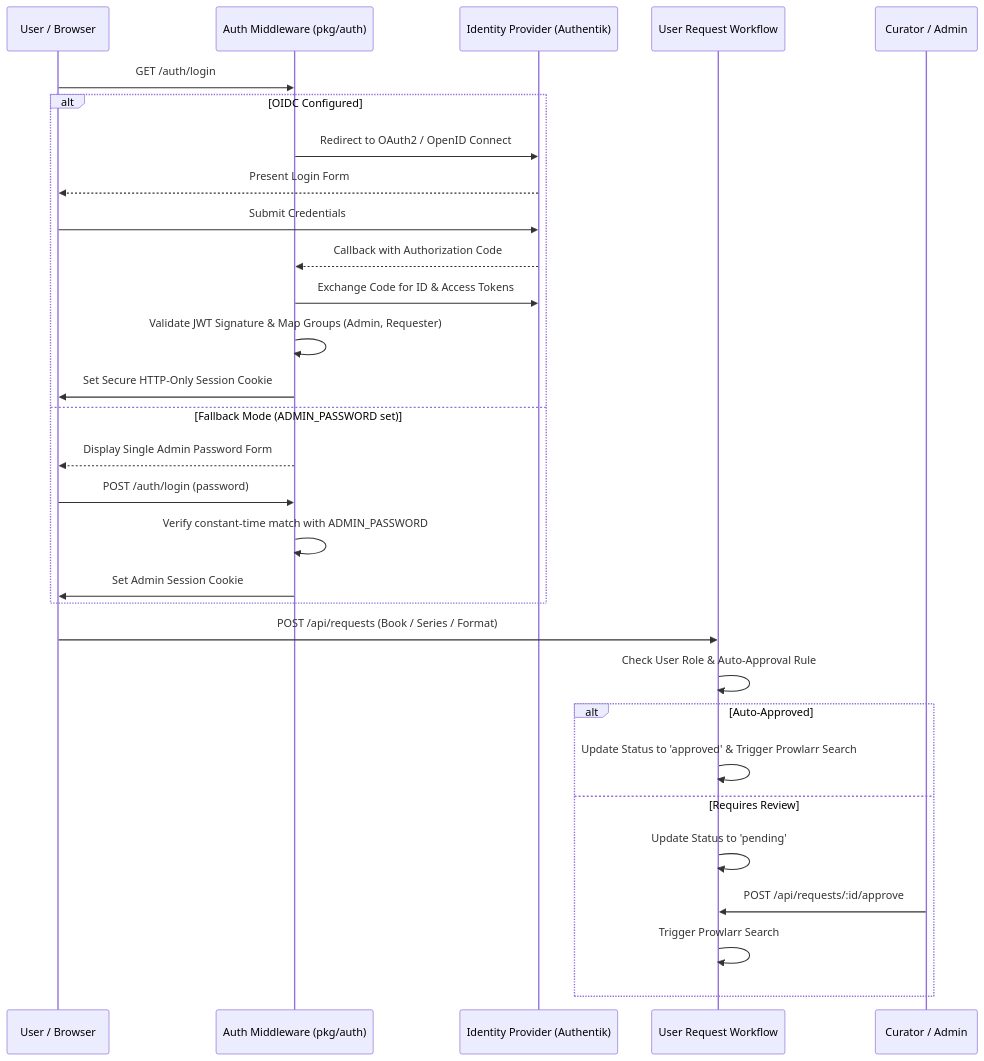
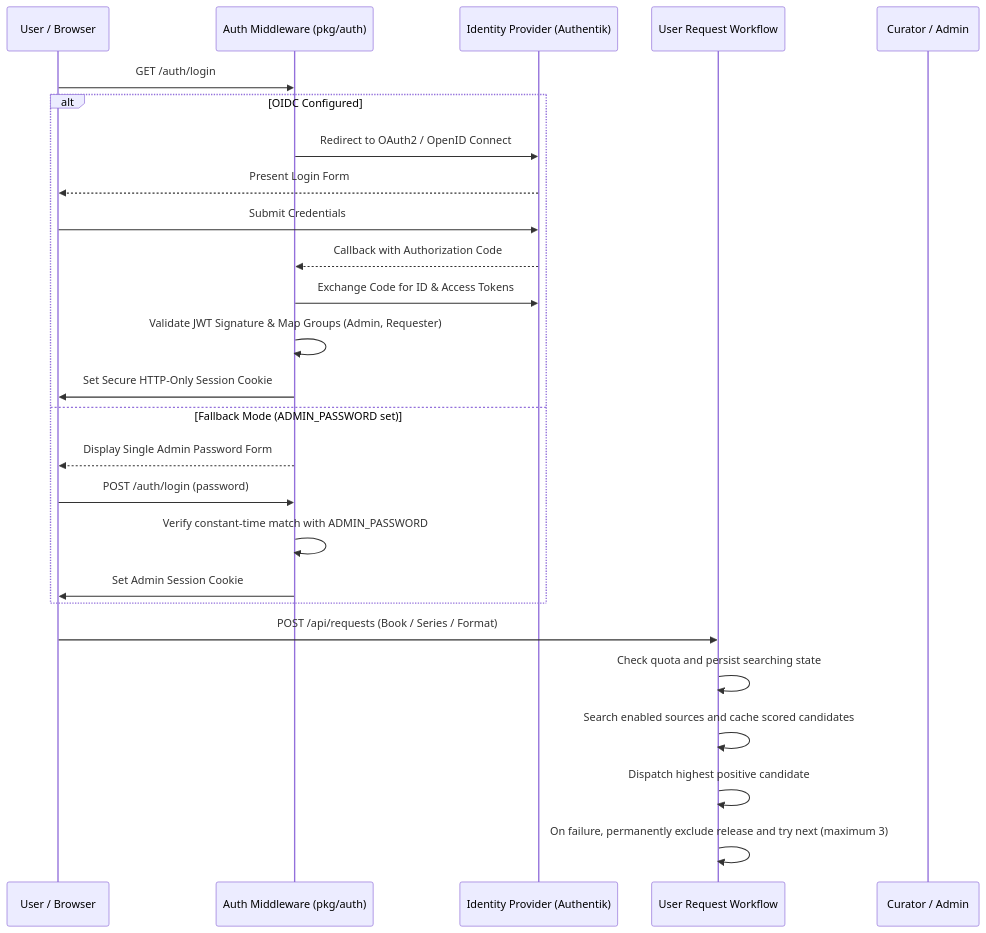
One commit to t0ggl/callimachus changed the fifth of 5 diagrams in ARCHITECTURE.md. Above: the diagram before and after it, drawn with Mermaid. The commit also changed other lines of this file and 37 other files, not shown here.

First line of the commit message:
Replace approval requests with scored book acquisition (#54)

````diff
--- a/ARCHITECTURE.md
+++ b/ARCHITECTURE.md
@@ -567,34 +566,31 @@
 ```mermaid
 sequenceDiagram
     participant User as User / Browser
     participant Auth as Auth Middleware (pkg/auth)
     participant OIDC as Identity Provider (Authentik)
     participant Requests as User Request Workflow
     participant Admin as Curator / Admin
 
     User->>Auth: GET /auth/login
     alt OIDC Configured
         Auth->>OIDC: Redirect to OAuth2 / OpenID Connect
         OIDC-->>User: Present Login Form
         User->>OIDC: Submit Credentials
         OIDC-->>Auth: Callback with Authorization Code
         Auth->>OIDC: Exchange Code for ID & Access Tokens
         Auth->>Auth: Validate JWT Signature & Map Groups (Admin, Requester)
         Auth->>User: Set Secure HTTP-Only Session Cookie
     else Fallback Mode (ADMIN_PASSWORD set)
         Auth-->>User: Display Single Admin Password Form
         User->>Auth: POST /auth/login (password)
         Auth->>Auth: Verify constant-time match with ADMIN_PASSWORD
         Auth->>User: Set Admin Session Cookie
     end
 
     User->>Requests: POST /api/requests (Book / Series / Format)
-    Requests->>Requests: Check User Role & Auto-Approval Rule
-    alt Auto-Approved
-        Requests->>Requests: Update Status to 'approved' & Trigger Prowlarr Search
-    else Requires Review
-        Requests->>Requests: Update Status to 'pending'
-        Admin->>Requests: POST /api/requests/:id/approve
-        Requests->>Requests: Trigger Prowlarr Search
-    end
+    Requests->>Requests: Check quota and persist searching state
+    Requests->>Requests: Search enabled sources and cache scored candidates
+    Requests->>Requests: Dispatch highest positive candidate
+    Requests->>Requests: On failure, permanently exclude release and try next (maximum 3)
+
 ```
````
